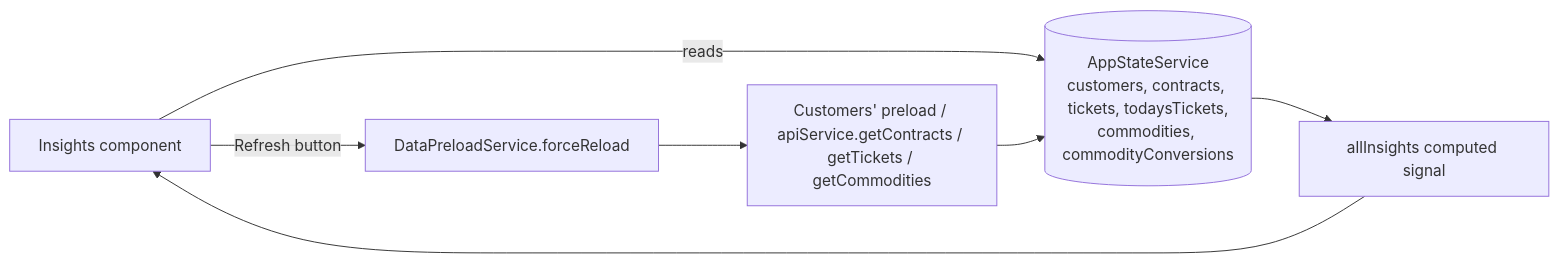
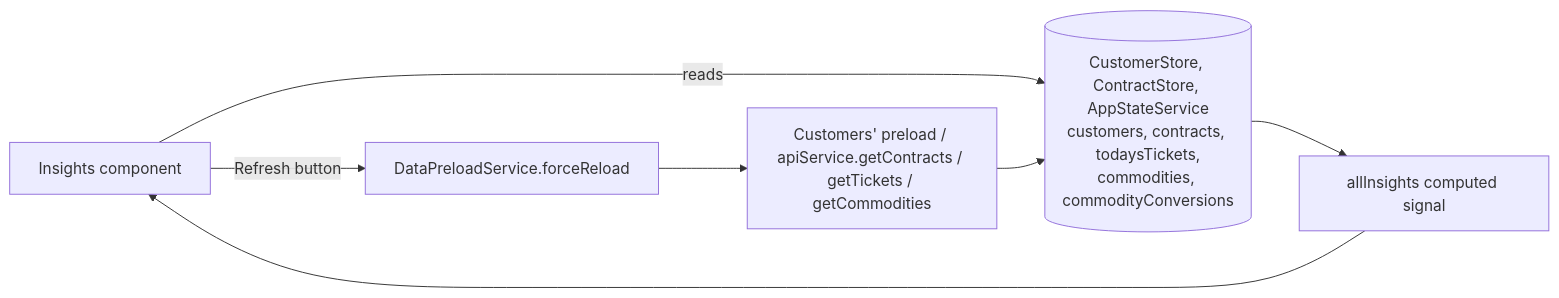
Before and after one commit to GrosseLimace/origination: the diagram in docs/application-context/Actionable Insights.md, drawn with Mermaid. The commit also changed other lines of this file and 51 other files, not shown here.

First line of the commit message:
refactor(client): move contracts and tickets into the Contracts module

````diff
--- a/docs/application-context/Actionable Insights.md
+++ b/docs/application-context/Actionable Insights.md
@@ -51,15 +51,15 @@
 ```mermaid
 flowchart LR
     UI[Insights component]
-    State[(AppStateService<br/>customers, contracts, tickets, todaysTickets,<br/>commodities, commodityConversions)]
+    State[(CustomerStore, ContractStore, AppStateService<br/>customers, contracts, todaysTickets,<br/>commodities, commodityConversions)]
     Computed[allInsights computed signal]
     Refresh[DataPreloadService.forceReload]
     API[Customers' preload / apiService.getContracts / getTickets / getCommodities]
 
     UI -- "reads" --> State
     State --> Computed
     Computed --> UI
     UI -- "Refresh button" --> Refresh
     Refresh --> API
     API --> State
 ```
````
